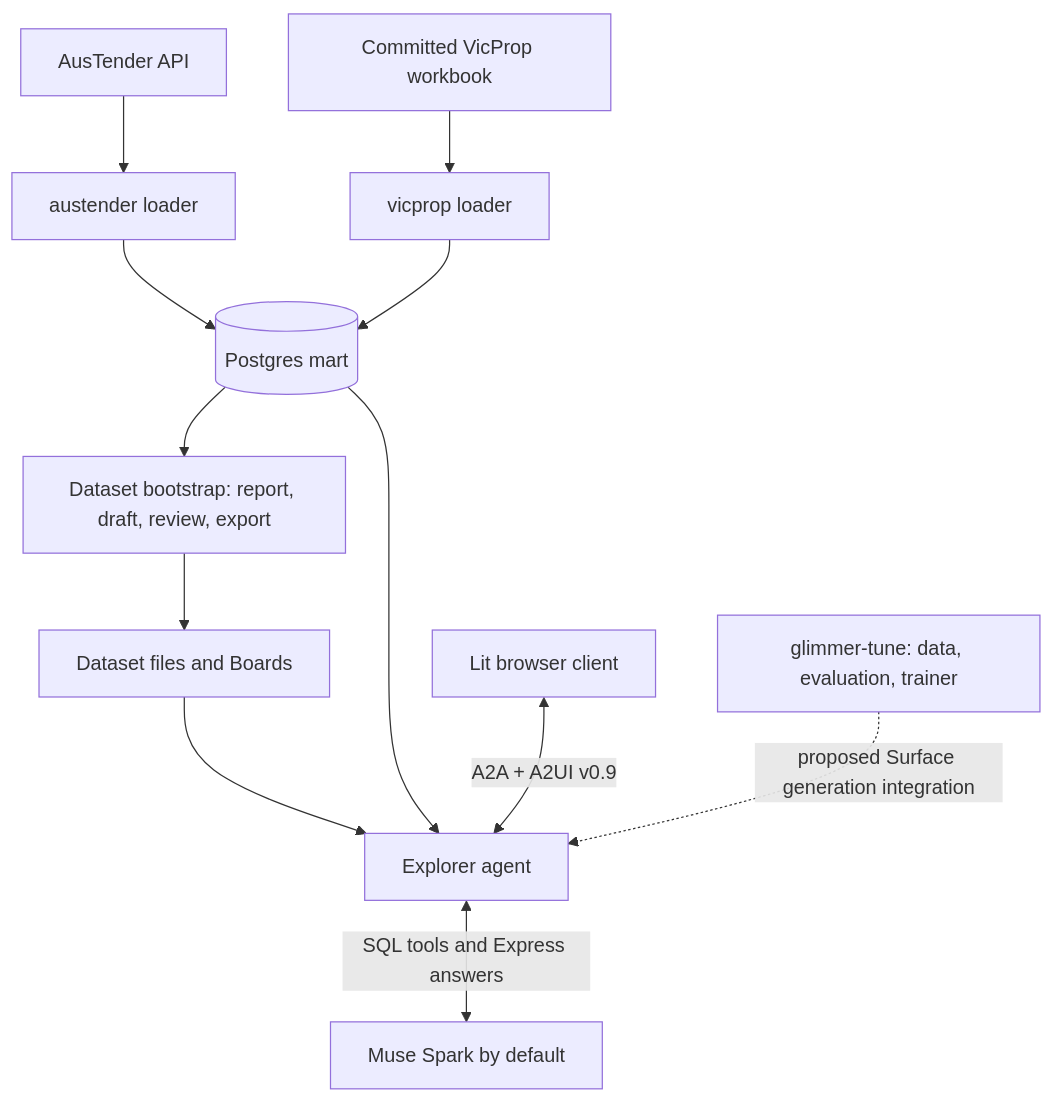
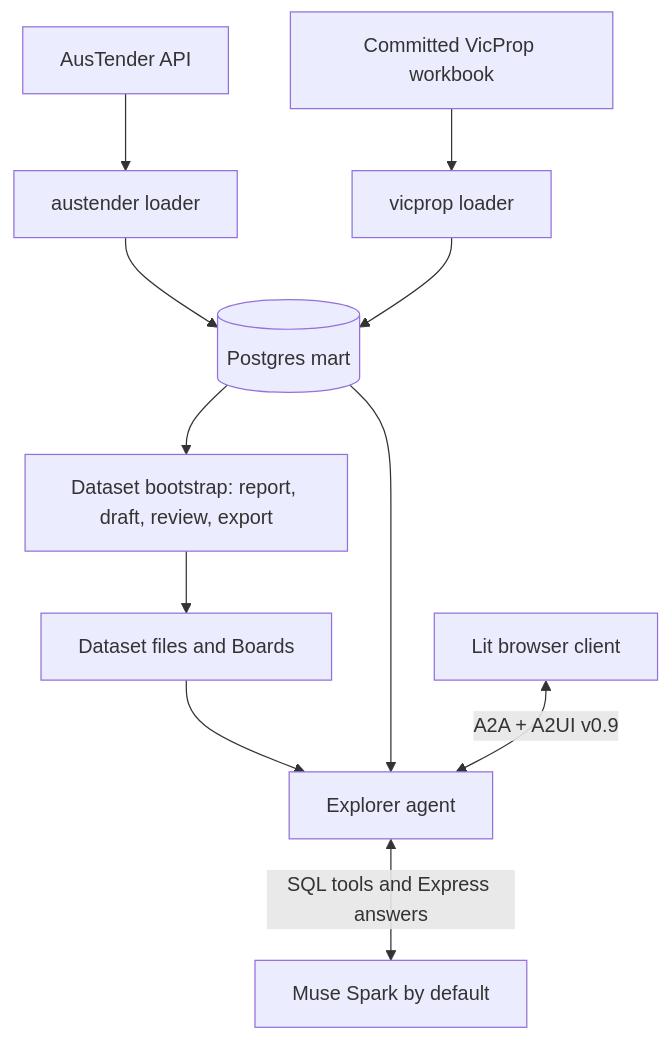
The diagram in README.md (williamvoor/glassline), drawn with Mermaid before and after one commit. The commit also changed other lines of this file and 59 other files, not shown here.

````diff
--- a/README.md
+++ b/README.md
@@ -39,14 +38,13 @@
 ```mermaid
 flowchart TD
     AU[AusTender API] --> AL[austender loader]
     XL[Committed VicProp workbook] --> VL[vicprop loader]
     AL --> PG[(Postgres mart)]
     VL --> PG
     PG --> BT[Dataset bootstrap: report, draft, review, export]
     BT --> DS[Dataset files and Boards]
     DS --> AG[Explorer agent]
     PG --> AG
     UI[Lit browser client] <-->|A2A + A2UI v0.9| AG
     AG <-->|SQL tools and Express answers| MODEL[Muse Spark by default]
-    GT[glimmer-tune: data, evaluation, trainer] -. proposed Surface generation integration .-> AG
 ```
````
